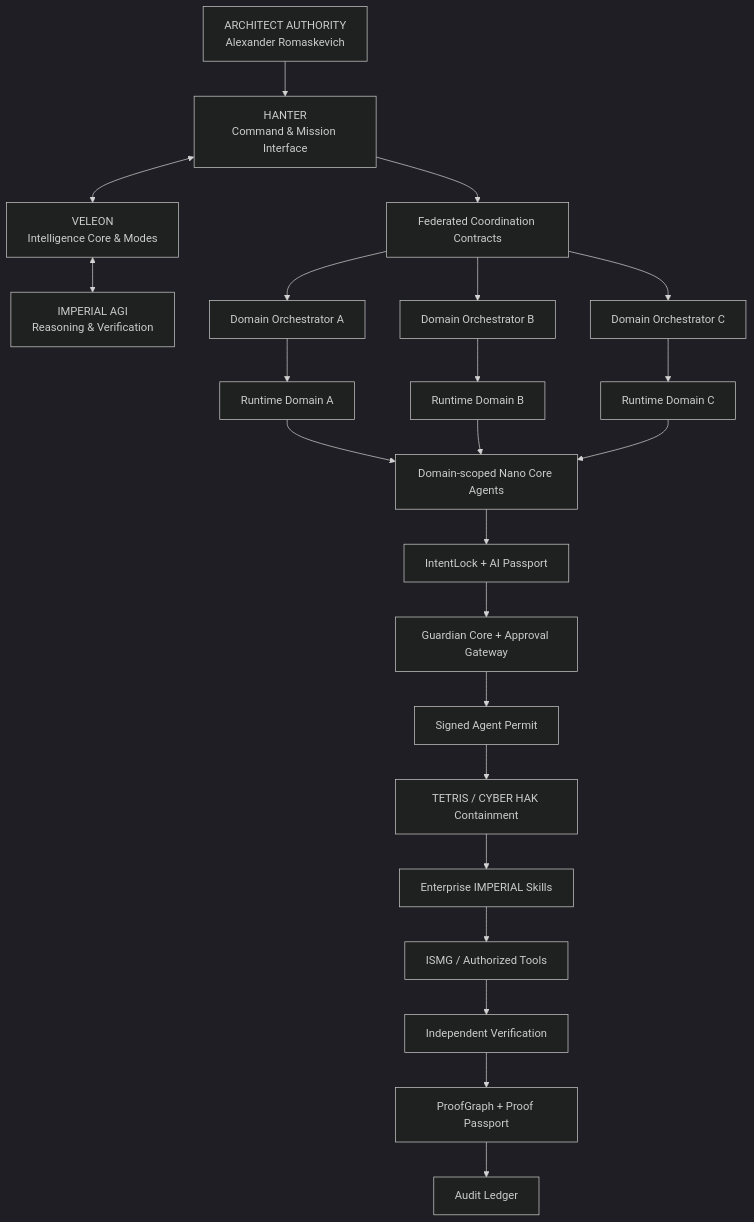
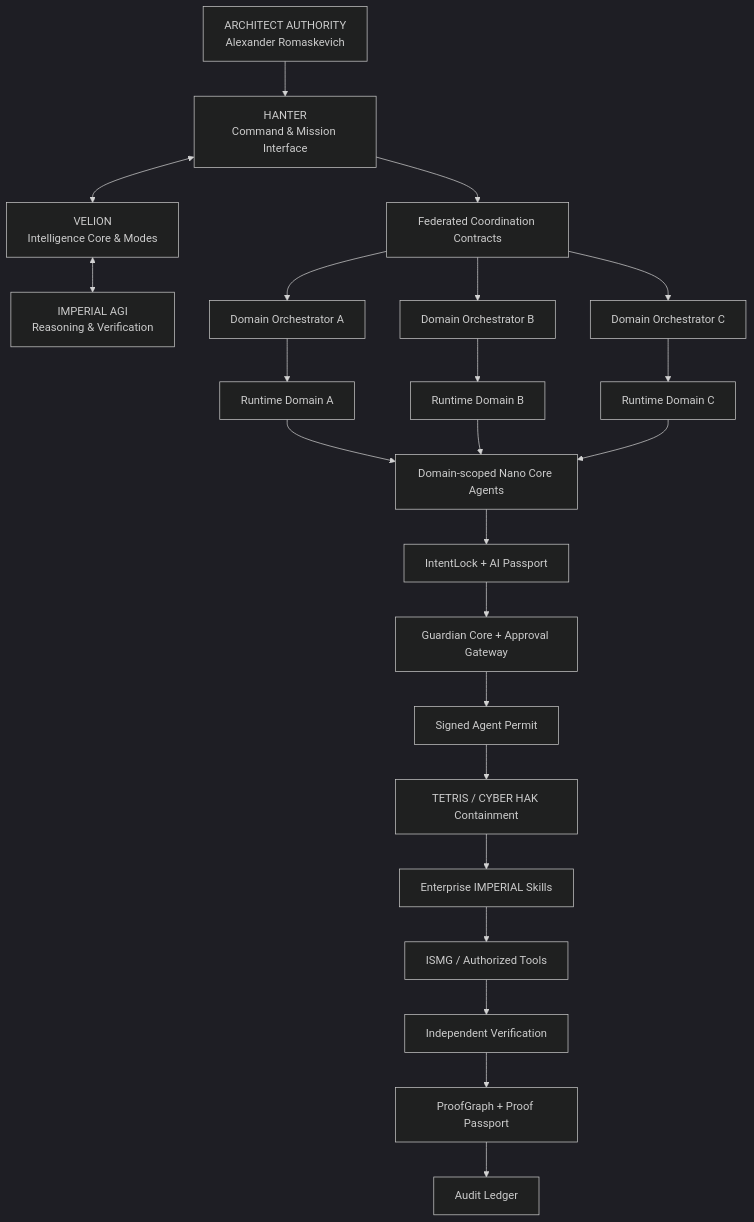
The first of 2 diagrams in ARCHITECTURE.md (oromaskevic23-cmd/IMPERIAL-Core-US-HoldCo-Founder-Control-Blueprint), drawn with Mermaid (dark theme) before and after one commit. The commit also changed other lines of this file and 17 other files, not shown here.

````diff
--- a/ARCHITECTURE.md
+++ b/ARCHITECTURE.md
@@ -25,47 +25,47 @@
 ```mermaid
 flowchart TB
     OWNER["ARCHITECT AUTHORITY<br/>Alexander Romaskevich"]
     HANTER["HANTER<br/>Command & Mission Interface"]
-    VELEON["VELEON<br/>Intelligence Core & Modes"]
+    VELION["VELION<br/>Intelligence Core & Modes"]
     AGI["IMPERIAL AGI<br/>Reasoning & Verification"]
     FED["Federated Coordination Contracts"]
     OA["Domain Orchestrator A"]
     OB["Domain Orchestrator B"]
     OC["Domain Orchestrator C"]
     RA["Runtime Domain A"]
     RB["Runtime Domain B"]
     RC["Runtime Domain C"]
     AGENTS["Domain-scoped Nano Core Agents"]
     INTENT["IntentLock + AI Passport"]
     POLICY["Guardian Core + Approval Gateway"]
     PERMIT["Signed Agent Permit"]
     RUNTIME["TETRIS / CYBER HAK Containment"]
     SKILLS["Enterprise IMPERIAL Skills"]
     ISMG["ISMG / Authorized Tools"]
     VERIFY["Independent Verification"]
     PROOF["ProofGraph + Proof Passport"]
     AUDIT["Audit Ledger"]
 
     OWNER --> HANTER
-    HANTER <--> VELEON
-    VELEON <--> AGI
+    HANTER <--> VELION
+    VELION <--> AGI
     HANTER --> FED
     FED --> OA
     FED --> OB
     FED --> OC
     OA --> RA
     OB --> RB
     OC --> RC
     RA --> AGENTS
     RB --> AGENTS
     RC --> AGENTS
     AGENTS --> INTENT
     INTENT --> POLICY
     POLICY --> PERMIT
     PERMIT --> RUNTIME
     RUNTIME --> SKILLS
     SKILLS --> ISMG
     ISMG --> VERIFY
     VERIFY --> PROOF
     PROOF --> AUDIT
 ```
````
